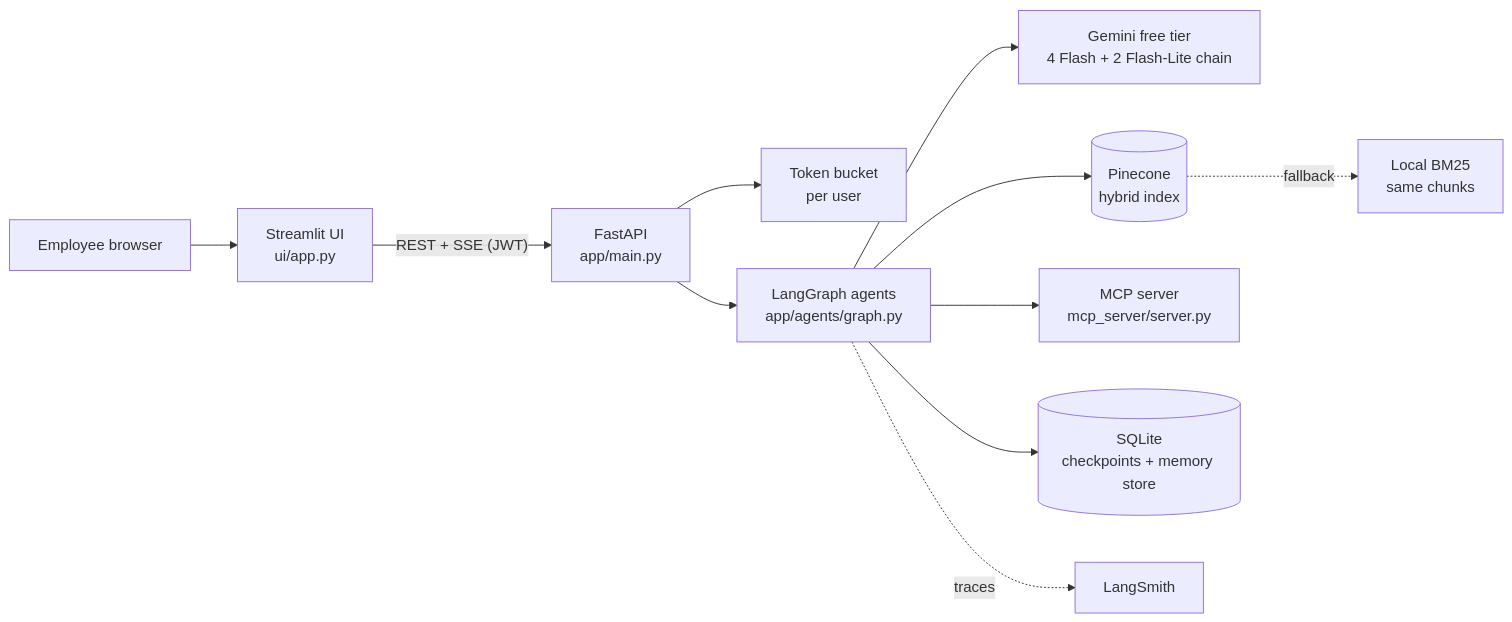
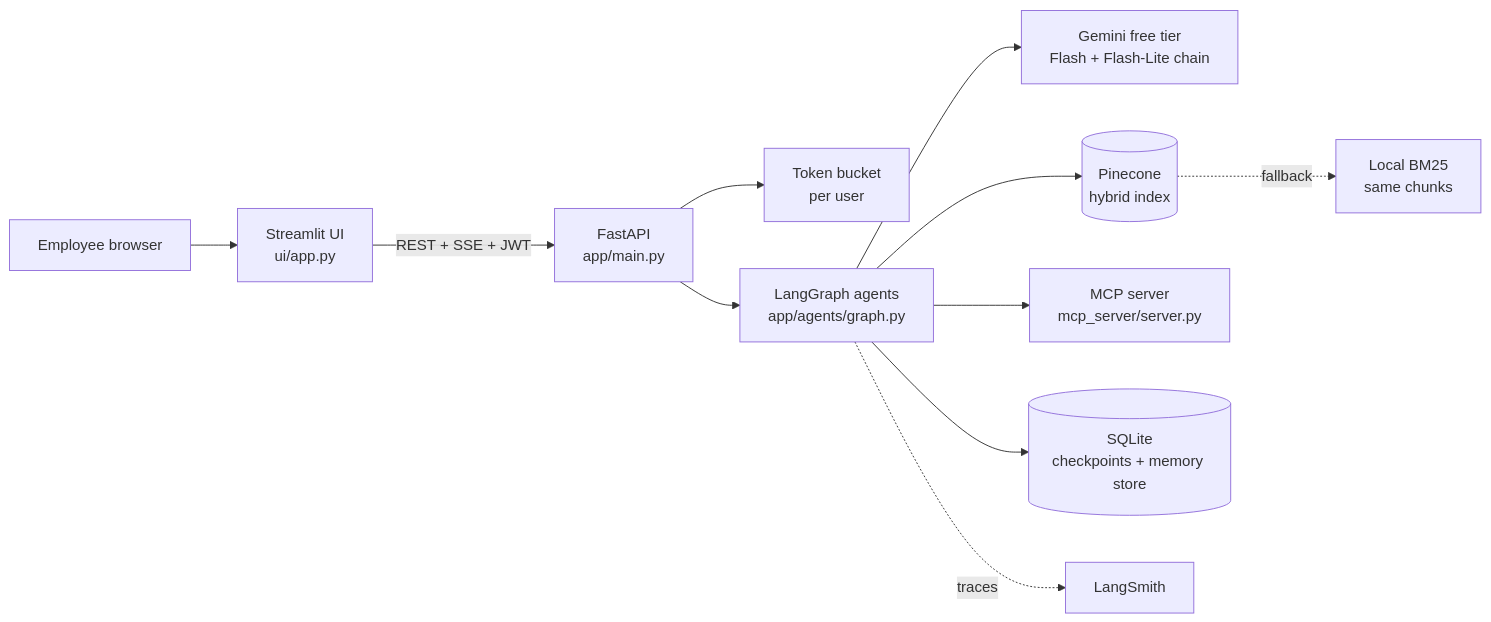
Before and after one commit to saditha93/ai_assistant: the first of 3 diagrams in docs/architecture.md, drawn with Mermaid. The commit also changed other lines of this file, not shown here.

Commit message:
chore: update architecture.md for improved clarity and formatting

````diff
--- a/docs/architecture.md
+++ b/docs/architecture.md
@@ -8,13 +8,13 @@
 ```mermaid
 flowchart LR
     U[Employee browser] --> UI[Streamlit UI<br/>ui/app.py]
-    UI -- "REST + SSE (JWT)" --> API[FastAPI<br/>app/main.py]
+    UI -- REST + SSE + JWT --> API[FastAPI<br/>app/main.py]
     API --> RL[Token bucket<br/>per user]
     API --> G[LangGraph agents<br/>app/agents/graph.py]
-    G --> GEM[Gemini free tier<br/>4 Flash + 2 Flash-Lite chain]
+    G --> GEM[Gemini free tier<br/>Flash + Flash-Lite chain]
     G --> PC[(Pinecone<br/>hybrid index)]
     G --> MCP[MCP server<br/>mcp_server/server.py]
     G --> SQL[(SQLite<br/>checkpoints + memory store)]
     G -. traces .-> LS[LangSmith]
     PC -. fallback .-> BM[Local BM25<br/>same chunks]
 ```
````
